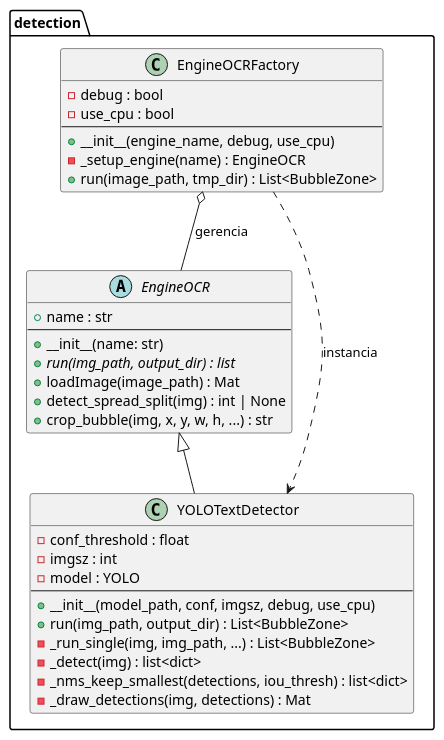
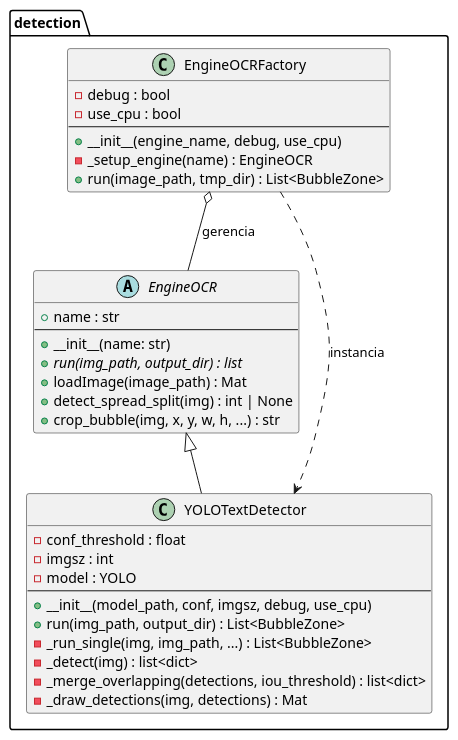
The diagram in docs/diagrams/detection.pu (Chipskein/ftm), drawn with PlantUML before and after one commit.

```diff
--- a/docs/diagrams/detection.pu
+++ b/docs/diagrams/detection.pu
@@ -1,42 +1,42 @@
 @startuml
 
 package "detection" {
     abstract class EngineOCR {
         + name : str
         --
         + __init__(name: str)
         {abstract} + run(img_path, output_dir) : list
         + loadImage(image_path) : Mat
         + detect_spread_split(img) : int | None
         + crop_bubble(img, x, y, w, h, ...) : str
     }
 
     class EngineOCRFactory {
         - debug : bool
         - use_cpu : bool
         --
         + __init__(engine_name, debug, use_cpu)
         - _setup_engine(name) : EngineOCR
         + run(image_path, tmp_dir) : List<BubbleZone>
     }
 
     class YOLOTextDetector {
         - conf_threshold : float
         - imgsz : int
         - model : YOLO
         --
         + __init__(model_path, conf, imgsz, debug, use_cpu)
         + run(img_path, output_dir) : List<BubbleZone>
         - _run_single(img, img_path, ...) : List<BubbleZone>
         - _detect(img) : list<dict>
-        - _nms_keep_smallest(detections, iou_thresh) : list<dict>
+        - _merge_overlapping(detections, iou_threshold) : list<dict>
         - _draw_detections(img, detections) : Mat
     }
 }
 
 EngineOCR <|-- YOLOTextDetector
 EngineOCRFactory o-- EngineOCR : gerencia
 
 EngineOCRFactory ..> YOLOTextDetector : instancia
 
 @enduml
```
